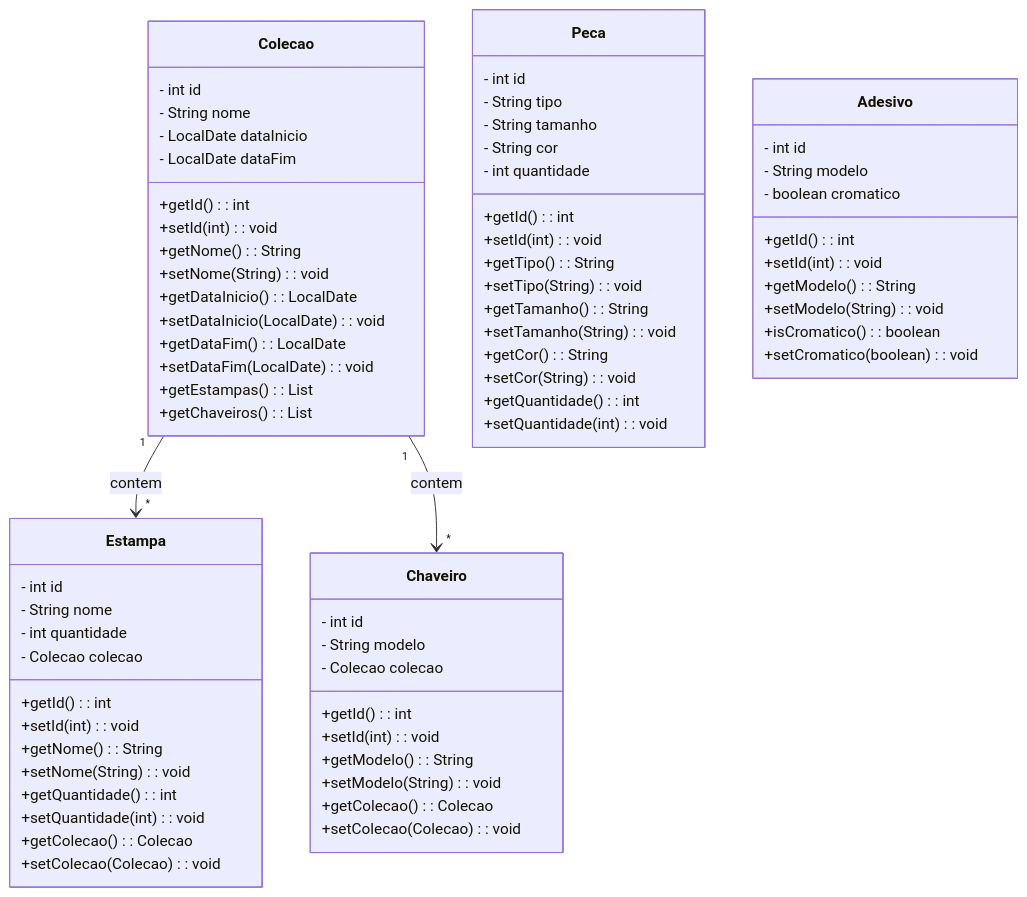
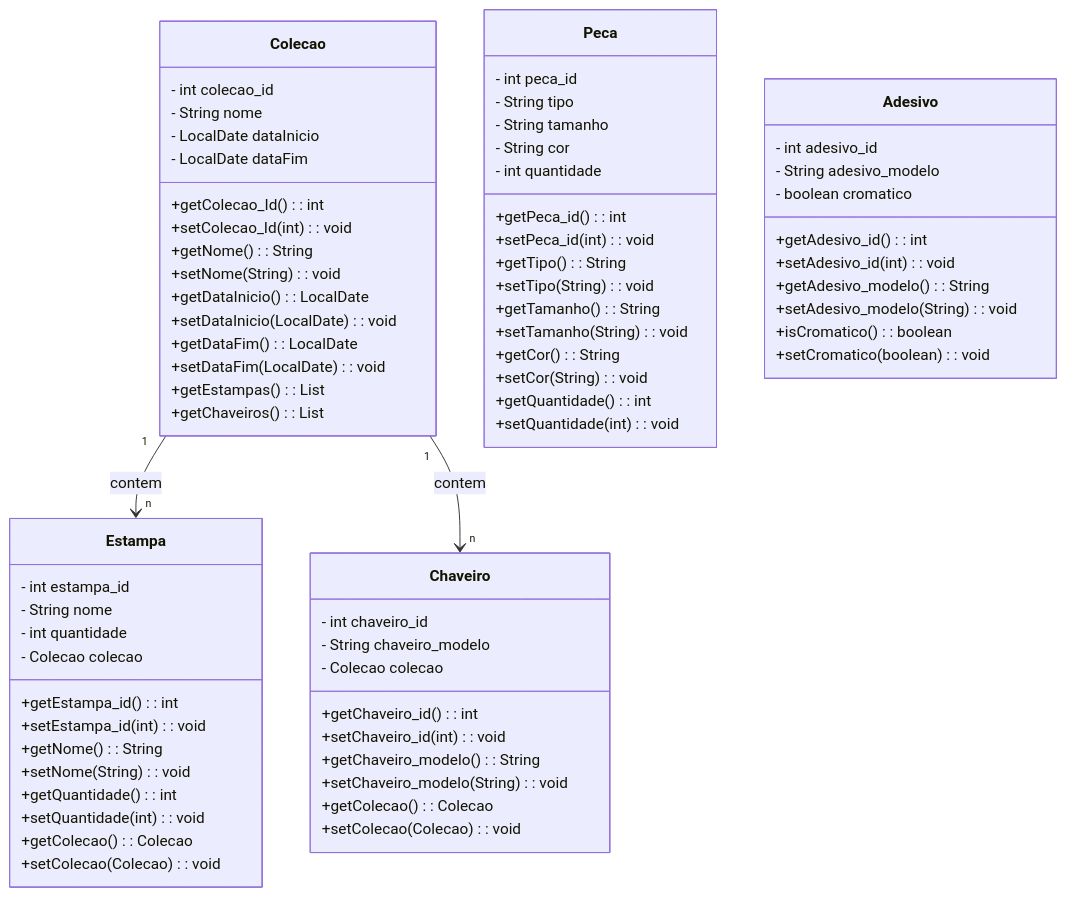
The diagram in artefatos/diagramas/ClassesUML.mmd (FeltrinLM/Journey_Back-end), drawn with Mermaid before and after one commit. The commit also changed 7 other files, not shown here.

```diff
--- a/artefatos/diagramas/ClassesUML.mmd
+++ b/artefatos/diagramas/ClassesUML.mmd
@@ -1,80 +1,80 @@
 classDiagram
 
     class Colecao {
-        - int id
+        - int colecao_id
         - String nome
         - LocalDate dataInicio
         - LocalDate dataFim
-        +getId(): int
-        +setId(int): void
+        +getColecao_Id(): int
+        +setColecao_Id(int): void
         +getNome(): String
         +setNome(String): void
         +getDataInicio(): LocalDate
         +setDataInicio(LocalDate): void
         +getDataFim(): LocalDate
         +setDataFim(LocalDate): void
         +getEstampas(): List<Estampa>
         +getChaveiros(): List<Chaveiro>
     }
 
     class Estampa {
-        - int id
+        - int estampa_id
         - String nome
         - int quantidade
         - Colecao colecao
-        +getId(): int
-        +setId(int): void
+        +getEstampa_id(): int
+        +setEstampa_id(int): void
         +getNome(): String
         +setNome(String): void
         +getQuantidade(): int
         +setQuantidade(int): void
         +getColecao(): Colecao
         +setColecao(Colecao): void
     }
 
     class Peca {
-        - int id
+        - int peca_id
         - String tipo
         - String tamanho
         - String cor
         - int quantidade
-        +getId(): int
-        +setId(int): void
+        +getPeca_id(): int
+        +setPeca_id(int): void
         +getTipo(): String
         +setTipo(String): void
         +getTamanho(): String
         +setTamanho(String): void
         +getCor(): String
         +setCor(String): void
         +getQuantidade(): int
         +setQuantidade(int): void
     }
 
 
     class Chaveiro {
-        - int id
-        - String modelo
+        - int chaveiro_id
+        - String chaveiro_modelo
         - Colecao colecao
-        +getId(): int
-        +setId(int): void
-        +getModelo(): String
-        +setModelo(String): void
+        +getChaveiro_id(): int
+        +setChaveiro_id(int): void
+        +getChaveiro_modelo(): String
+        +setChaveiro_modelo(String): void
         +getColecao(): Colecao
         +setColecao(Colecao): void
     }
 
     class Adesivo {
-        - int id
-        - String modelo
+        - int adesivo_id
+        - String adesivo_modelo
         - boolean cromatico
-        +getId(): int
-        +setId(int): void
-        +getModelo(): String
-        +setModelo(String): void
+        +getAdesivo_id(): int
+        +setAdesivo_id(int): void
+        +getAdesivo_modelo(): String
+        +setAdesivo_modelo(String): void
         +isCromatico(): boolean
         +setCromatico(boolean): void
     }
 
 
-Colecao "1" --> "*" Estampa : contem
-Colecao "1" --> "*" Chaveiro : contem
+Colecao "1" --> "n" Estampa : contem
+Colecao "1" --> "n" Chaveiro : contem
```
